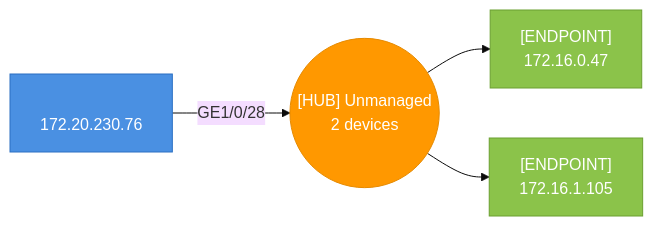
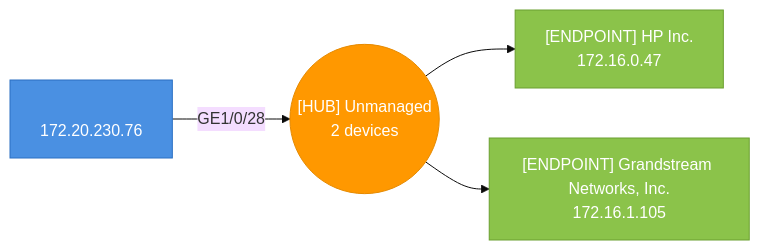
One commit to djamic/LLDP-Skanner-Go changed the fourth of 51 diagrams in testdata/golden/audit_esxi_sections.md. Above: the diagram before and after it, drawn with Mermaid (base theme). The commit also changed other lines of this file and 16 other files, not shown here.

````diff
--- a/testdata/golden/audit_esxi_sections.md
+++ b/testdata/golden/audit_esxi_sections.md
@@ -107,14 +84,14 @@
 ```mermaid
 graph LR
   hub_4caea38decc1_p28(("[HUB] Unmanaged<br>2 devices"))
   4caea38decc1["<br>172.20.230.76"]
   4caea38decc1-- "GE1/0/28" -->hub_4caea38decc1_p28
   style 4caea38decc1 fill:#4A90E2,stroke:#2A6FC2,color:#fff
-  c018035b6542["[ENDPOINT]<br>172.16.0.47"]
+  c018035b6542["[ENDPOINT] HP Inc.<br>172.16.0.47"]
   hub_4caea38decc1_p28-->c018035b6542
   style c018035b6542 fill:#8BC34A,stroke:#6B9F30,color:#fff
-  c074ad90018e["[ENDPOINT]<br>172.16.1.105"]
+  c074ad90018e["[ENDPOINT] Grandstream Networks, Inc.<br>172.16.1.105"]
   hub_4caea38decc1_p28-->c074ad90018e
   style c074ad90018e fill:#8BC34A,stroke:#6B9F30,color:#fff
   style hub_4caea38decc1_p28 fill:#FF9800,stroke:#E68A00,color:#fff
 ```
````
